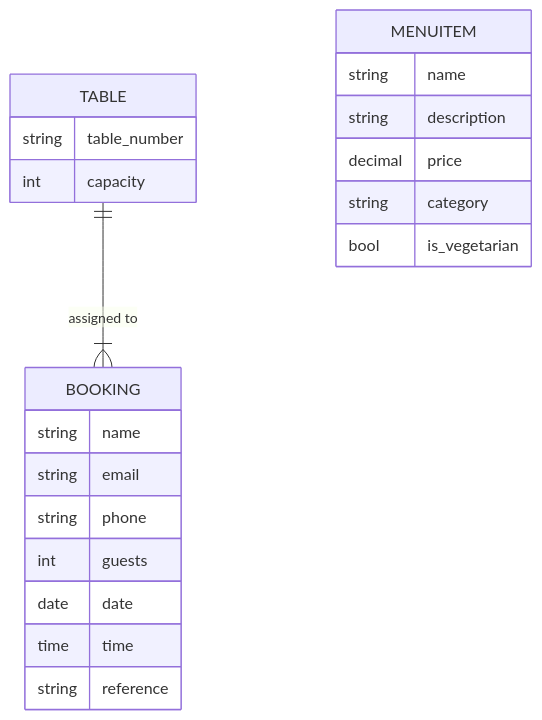
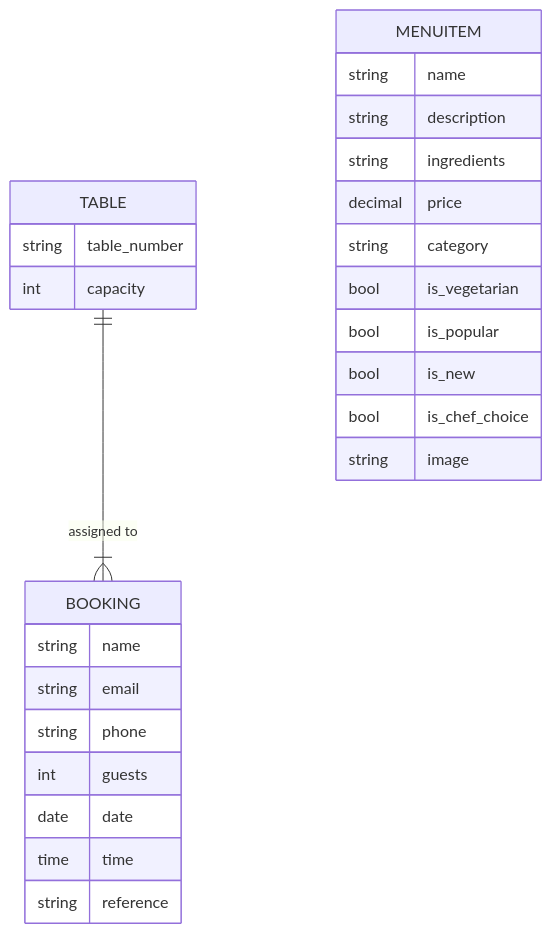
The second of 2 diagrams in README.md (fila2021/Gezana), drawn with Mermaid before and after one commit. The commit also changed other lines of this file and 4 other files, not shown here.

````diff
--- a/README.md
+++ b/README.md
@@ -439,27 +455,32 @@
 ```mermaid
 erDiagram
     TABLE {
         string table_number
         int capacity
     }
 
     MENUITEM {
         string name
         string description
+        string ingredients
         decimal price
         string category
         bool is_vegetarian
+        bool is_popular
+        bool is_new
+        bool is_chef_choice
+        string image
     }
 
     BOOKING {
         string name
         string email
         string phone
         int guests
         date date
         time time
         string reference
     }
 
     TABLE ||--|{ BOOKING : "assigned to"
 ```
````
